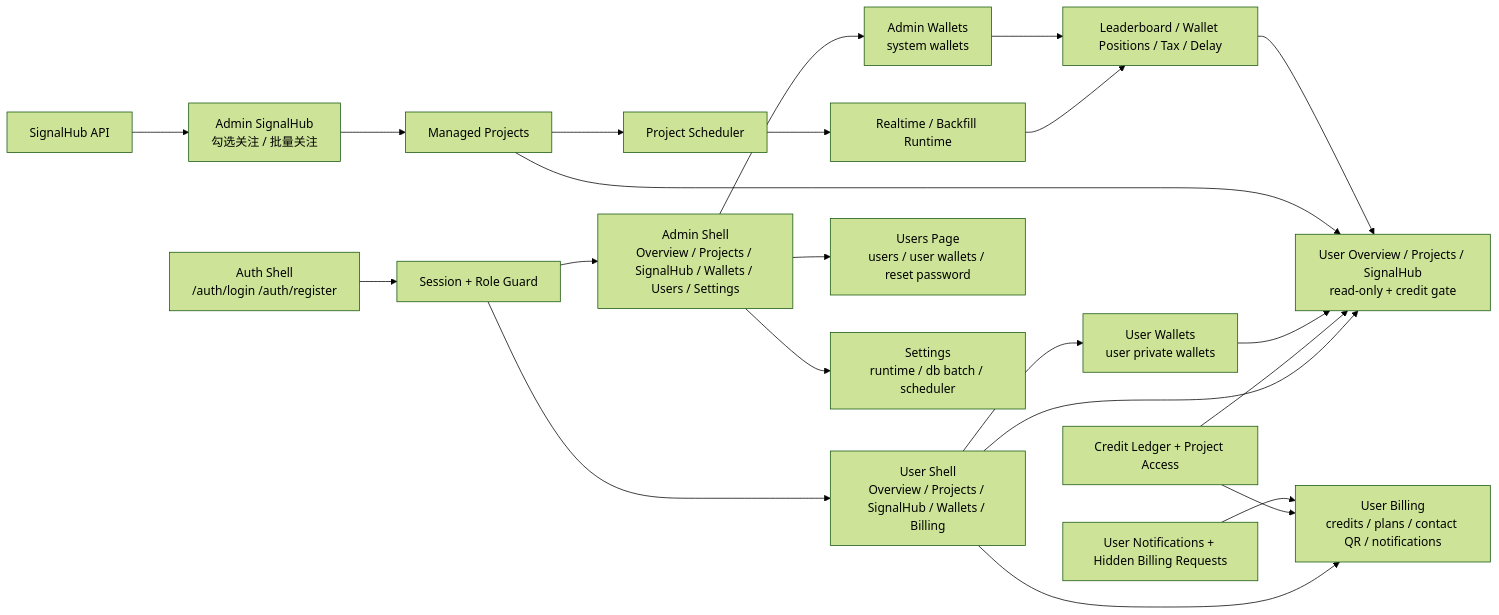
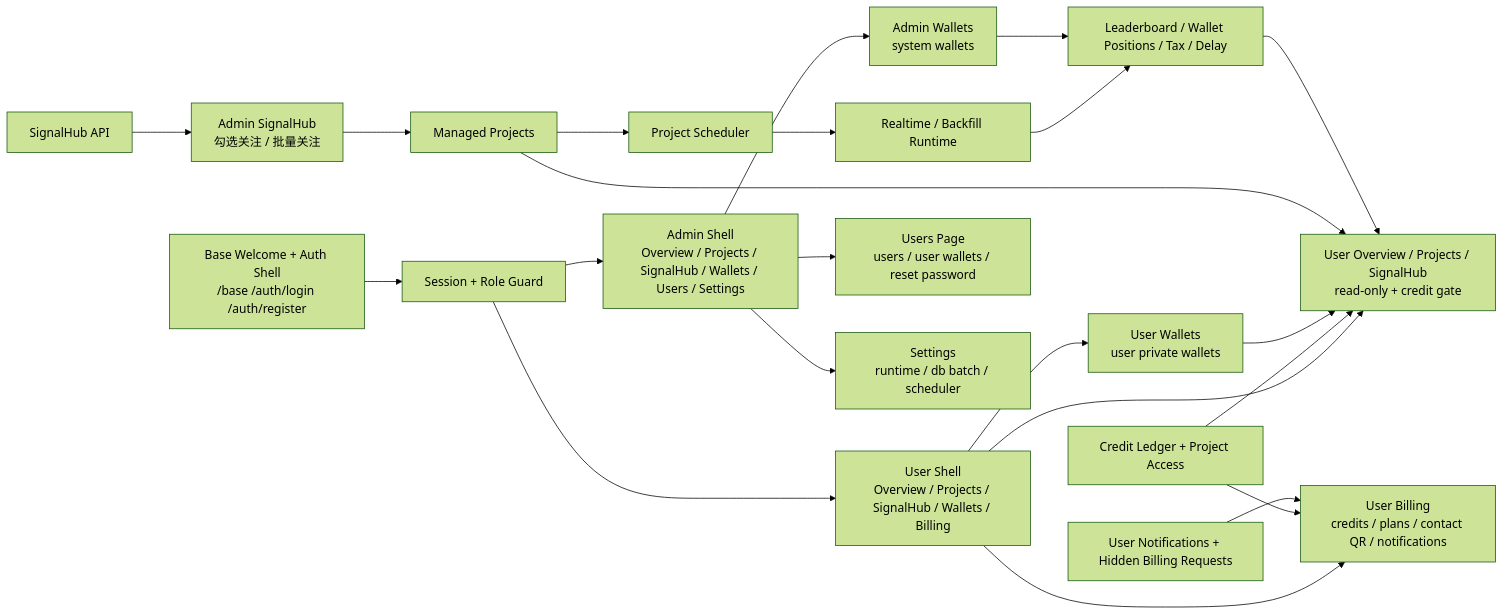
One commit to MeiYanDong/virtuals-whale-radar changed the first of 6 diagrams in docs/PLAN.md. Above: the diagram before and after it, drawn with Mermaid (forest theme). The commit also changed other lines of this file and 23 other files, not shown here.

````diff
--- a/docs/PLAN.md
+++ b/docs/PLAN.md
@@ -92,31 +92,31 @@
 ```mermaid
 flowchart LR
-  A["Auth Shell<br/>/auth/login /auth/register"] --> B["Session + Role Guard"]
+  A["Base Welcome + Auth Shell<br/>/base /auth/login /auth/register"] --> B["Session + Role Guard"]
 
   B --> C["Admin Shell<br/>Overview / Projects / SignalHub / Wallets / Users / Settings"]
   B --> D["User Shell<br/>Overview / Projects / SignalHub / Wallets / Billing"]
 
   E["SignalHub API"] --> F["Admin SignalHub<br/>勾选关注 / 批量关注"]
   F --> G["Managed Projects"]
 
   G --> H["Project Scheduler"]
   H --> I["Realtime / Backfill Runtime"]
   I --> J["Leaderboard / Wallet Positions / Tax / Delay"]
 
   C --> K["Admin Wallets<br/>system wallets"]
   C --> L["Users Page<br/>users / user wallets / reset password"]
   C --> R["Settings<br/>runtime / db batch / scheduler"]
 
   D --> N["User Wallets<br/>user private wallets"]
   D --> O["User Overview / Projects / SignalHub<br/>read-only + credit gate"]
   D --> P["User Billing<br/>credits / plans / contact QR / notifications"]
 
   Q["Credit Ledger + Project Access"] --> O
   Q --> P
   S["User Notifications + Hidden Billing Requests"] --> P
 
   K --> J
   N --> O
   G --> O
   J --> O
 ```
````
